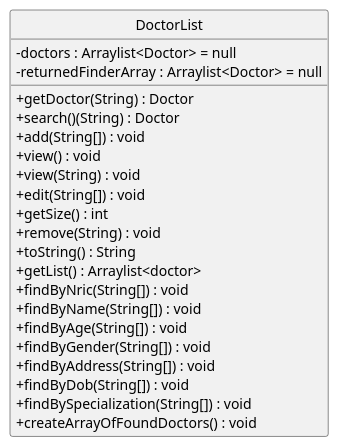
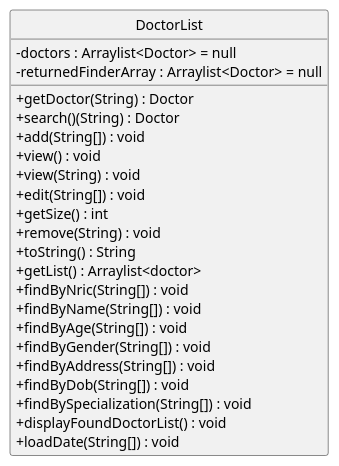
Before and after one commit to nus-cs2113-AY2122S2/tp: the diagram in docs/diagrams/DoctorList.puml, drawn with PlantUML. The commit also changed 5 other files, not shown here.

Commit message:
Update pt ptList appt apptList UML Diag to reflect new methods added

```diff
--- a/docs/diagrams/DoctorList.puml
+++ b/docs/diagrams/DoctorList.puml
@@ -1,28 +1,29 @@
 @startuml
 'https://plantuml.com/class-diagram
 hide circle
 skinparam classAttributeIconSize 0
 class DoctorList {
 -doctors : Arraylist<Doctor> = null
 -returnedFinderArray : Arraylist<Doctor> = null
 +getDoctor(String) : Doctor
 +search()(String) : Doctor
 +add(String[]) : void
 +view() : void
 +view(String) : void
 +edit(String[]) : void
 +getSize() : int
 +remove(String) : void
 +toString() : String
 +getList() : Arraylist<doctor>
 +findByNric(String[]) : void
 +findByName(String[]) : void
 +findByAge(String[]) : void
 +findByGender(String[]) : void
 +findByAddress(String[]) : void
 +findByDob(String[]) : void
 +findBySpecialization(String[]) : void
-+createArrayOfFoundDoctors() : void
++displayFoundDoctorList() : void
++loadDate(String[]) : void
 }
 
 @enduml
```
